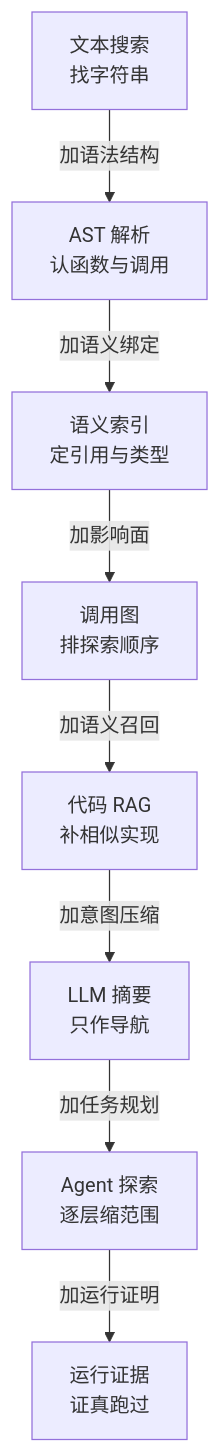
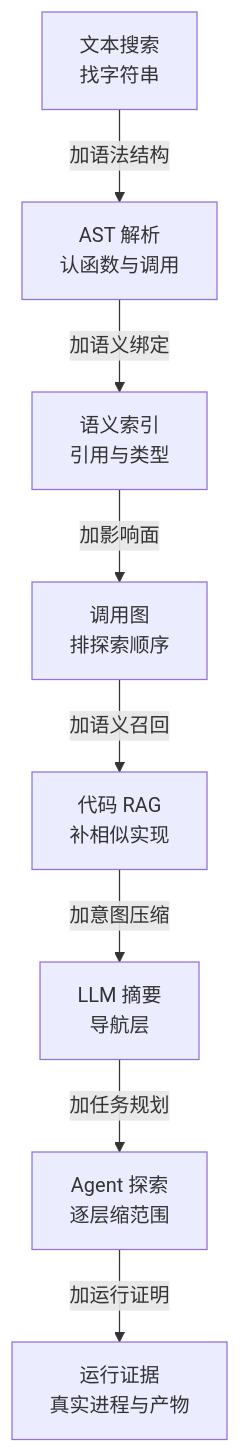
Before and after one commit to hub138/technical-knowledge: the first of 4 diagrams in vault/工程知识/AI 系统工程：从模型能力到生产能力/Agent与工作流/代码智能体需要结构索引、任务探索与运行证据.md, drawn with Mermaid. The commit also changed other lines of this file and 622 other files, not shown here.

````diff
--- a/vault/工程知识/AI 系统工程：从模型能力到生产能力/Agent与工作流/代码智能体需要结构索引、任务探索与运行证据.md
+++ b/vault/工程知识/AI 系统工程：从模型能力到生产能力/Agent与工作流/代码智能体需要结构索引、任务探索与运行证据.md
@@ -63,10 +71,10 @@
 ```mermaid
 flowchart TD
     A[文本搜索<br/>找字符串] -->|加语法结构| B[AST 解析<br/>认函数与调用]
-    B -->|加语义绑定| C[语义索引<br/>定引用与类型]
+    B -->|加语义绑定| C[语义索引<br/>引用与类型]
     C -->|加影响面| D[调用图<br/>排探索顺序]
     D -->|加语义召回| E[代码 RAG<br/>补相似实现]
-    E -->|加意图压缩| F[LLM 摘要<br/>只作导航]
+    E -->|加意图压缩| F[LLM 摘要<br/>导航层]
     F -->|加任务规划| G[Agent 探索<br/>逐层缩范围]
-    G -->|加运行证明| H[运行证据<br/>证真跑过]
+    G -->|加运行证明| H[运行证据<br/>真实进程与产物]
 ```
````
